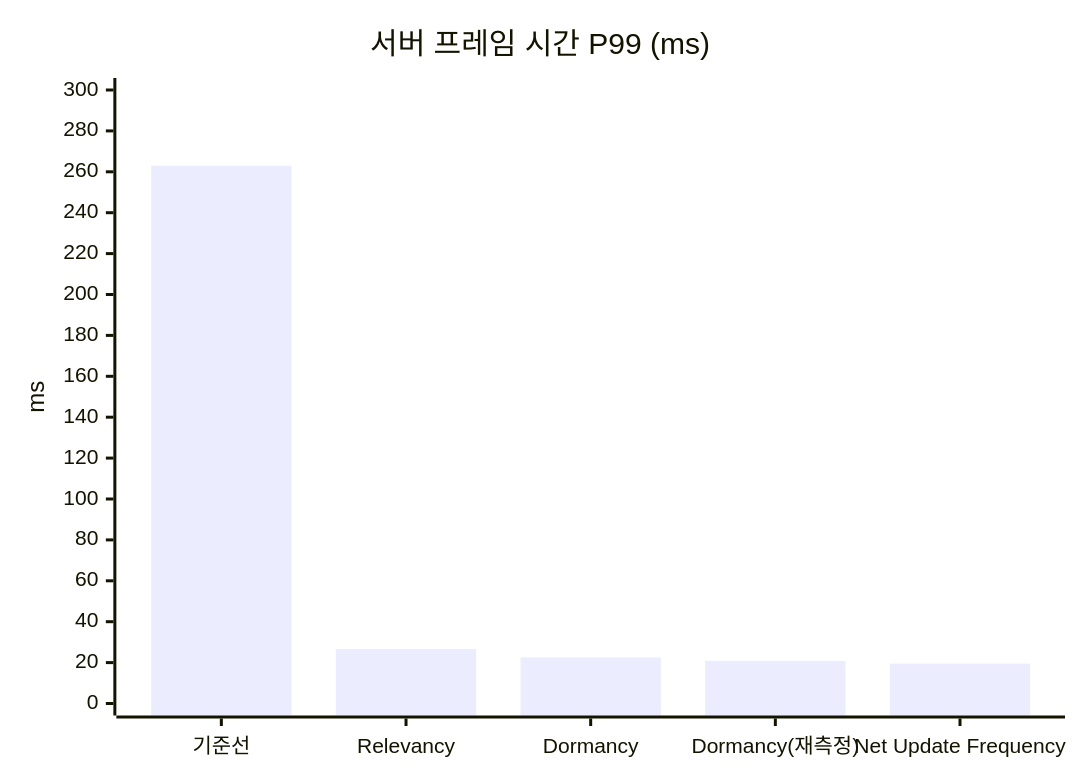
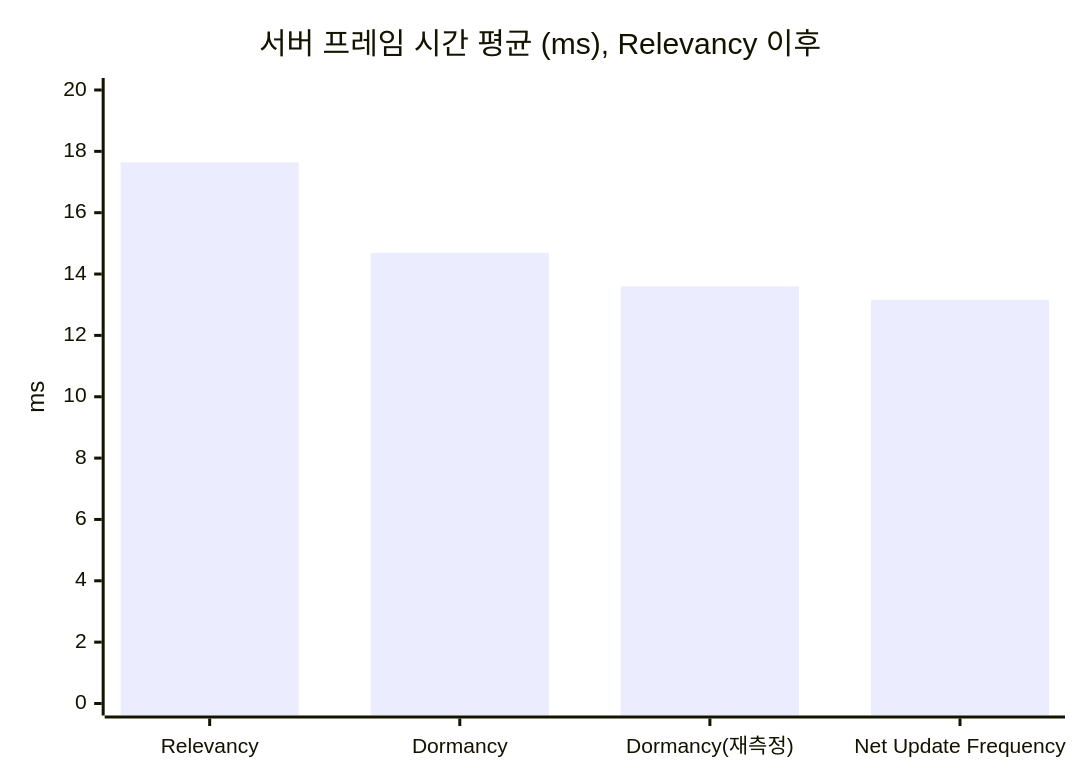
The second of 4 diagrams in README.md (hon454/ue-dedicated-server-optimization-lab), drawn with Mermaid before and after one commit. The commit also changed other lines of this file, not shown here.

````diff
--- a/README.md
+++ b/README.md
@@ -96,7 +118,7 @@
 ```mermaid
 xychart-beta
-    title "서버 프레임 시간 P99 (ms)"
-    x-axis ["기준선", "Relevancy", "Dormancy", "Dormancy(재측정)", "Net Update Frequency"]
-    y-axis "ms" 0 --> 300
-    bar [262.96, 26.64, 22.53, 20.84, 19.50]
+    title "서버 프레임 시간 평균 (ms), Relevancy 이후"
+    x-axis ["Relevancy", "Dormancy", "Dormancy(재측정)", "Net Update Frequency"]
+    y-axis "ms" 0 --> 20
+    bar [17.64, 14.69, 13.60, 13.16]
 ```
````
